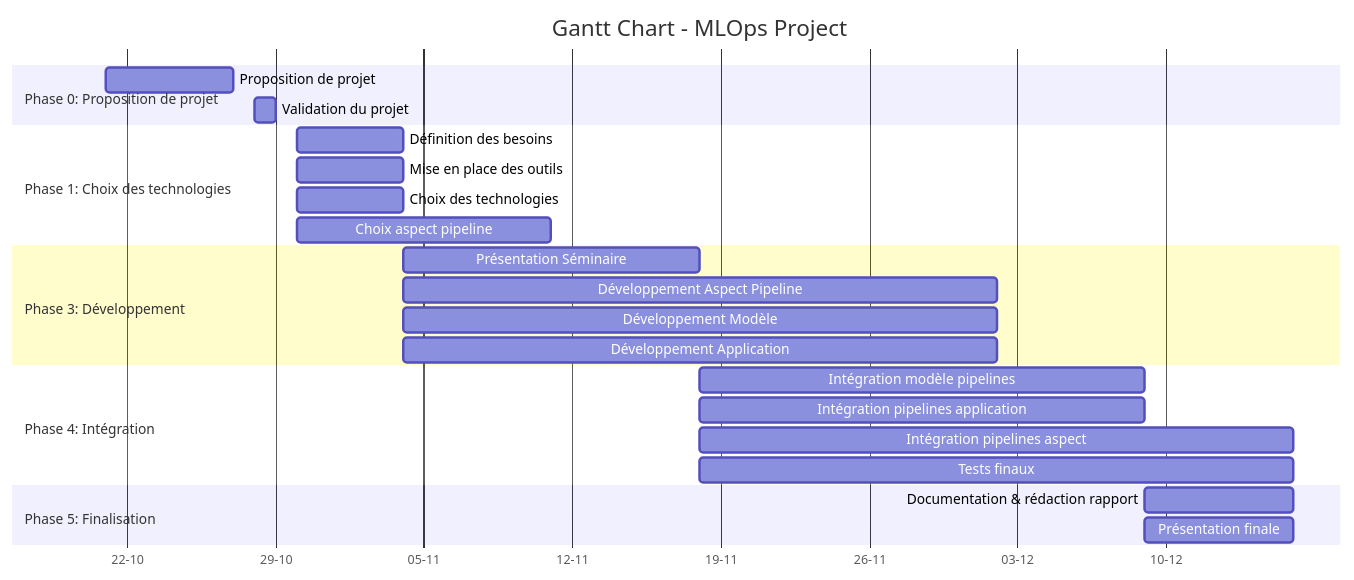
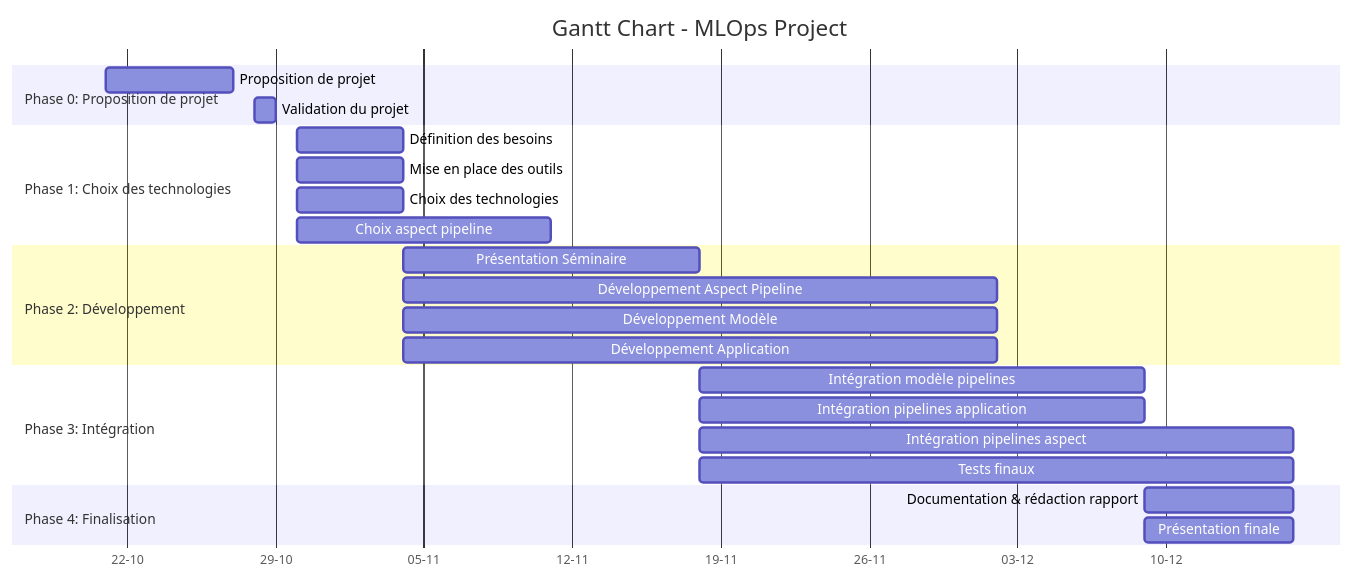
The third of 3 diagrams in project_mgmt/report.md (ODAncona/MachLeData_Project), drawn with Mermaid before and after one commit. The commit also changed other lines of this file, not shown here.

````diff
--- a/project_mgmt/report.md
+++ b/project_mgmt/report.md
@@ -130,34 +183,34 @@
 ```mermaid
 gantt
     title Gantt Chart - MLOps Project
     dateFormat  YYYY-MM-DD
     axisFormat  %d-%m
 
     section Phase 0: Proposition de projet
     Proposition de projet           :   p0, 2023-10-21,2023-10-27
     Validation du projet            :   p0, 2023-10-28,2023-10-29
 
     section Phase 1: Choix des technologies
     Définition des besoins          :   p1, 2023-10-30,2023-11-04
     Mise en place des outils        :   p1, 2023-10-30,2023-11-04
     Choix des technologies          :   p2, 2023-10-30,2023-11-04
     Choix aspect pipeline           :   p2, 2023-10-30,2023-11-11
 
-    section Phase 3: Développement
+    section Phase 2: Développement
     Présentation Séminaire          :   p3, 2023-11-04,2023-11-18
     Développement Aspect Pipeline   :   p3, 2023-11-04,2023-12-02
     Développement Modèle            :   p3, 2023-11-04,2023-12-02
     Développement Application       :   p3, 2023-11-04,2023-12-02
 
-    section Phase 4: Intégration
+    section Phase 3: Intégration
     Intégration modèle pipelines       :   p4, 2023-11-18,2023-12-09
     Intégration pipelines application  :   p4, 2023-11-18,2023-12-09
     Intégration pipelines aspect       :   p4, 2023-11-18,2023-12-16
     Tests finaux                        :   p4, 2023-11-18,2023-12-16
 
-    section Phase 5: Finalisation
+    section Phase 4: Finalisation
 
     Documentation & rédaction rapport :   p5, 2023-12-09,2023-12-16
     Présentation finale                :   p5, 2023-12-09,2023-12-16
 
 ```
````
